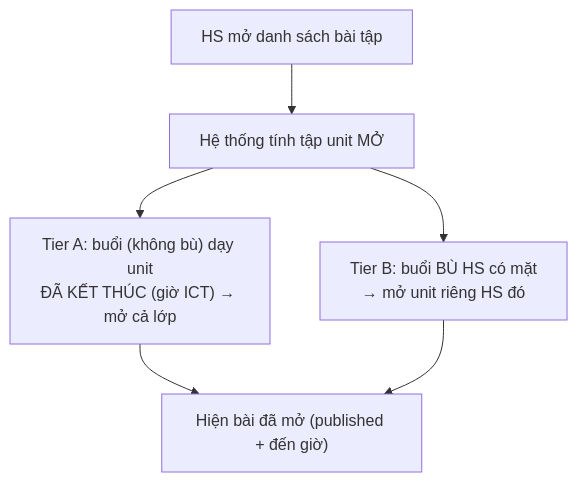
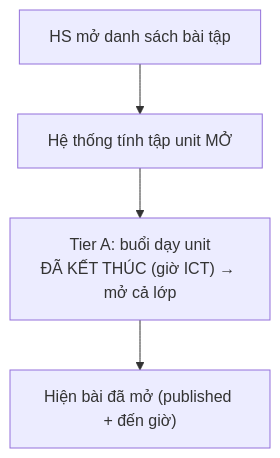
The fourth of 8 diagrams in docs/26-workflow-spec-p2.md (manhquydev/cmc_edu), drawn with Mermaid before and after one commit. The commit also changed other lines of this file and 13 other files, not shown here.

First line of the commit message:
docs: đồng bộ tài liệu với việc gỡ buổi bù và trục unit gap-aware

````diff
--- a/docs/26-workflow-spec-p2.md
+++ b/docs/26-workflow-spec-p2.md
@@ -84,7 +86,6 @@
 ```mermaid
 flowchart TD
     A["HS mở danh sách bài tập"] --> B["Hệ thống tính tập unit MỞ"]
-    B --> T1["Tier A: buổi (không bù) dạy unit<br/>ĐÃ KẾT THÚC (giờ ICT) → mở cả lớp"]
-    B --> T2["Tier B: buổi BÙ HS có mặt<br/>→ mở unit riêng HS đó"]
-    T1 & T2 --> C["Hiện bài đã mở (published + đến giờ)"]
+    B --> T1["Tier A: buổi dạy unit<br/>ĐÃ KẾT THÚC (giờ ICT) → mở cả lớp"]
+    T1 --> C["Hiện bài đã mở (published + đến giờ)"]
 ```
````
